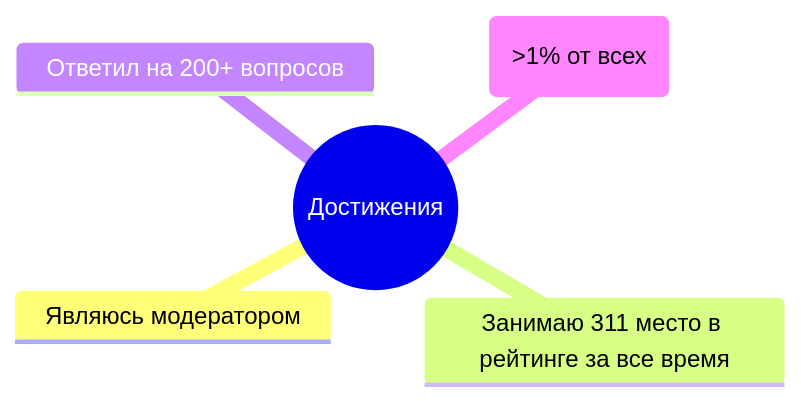
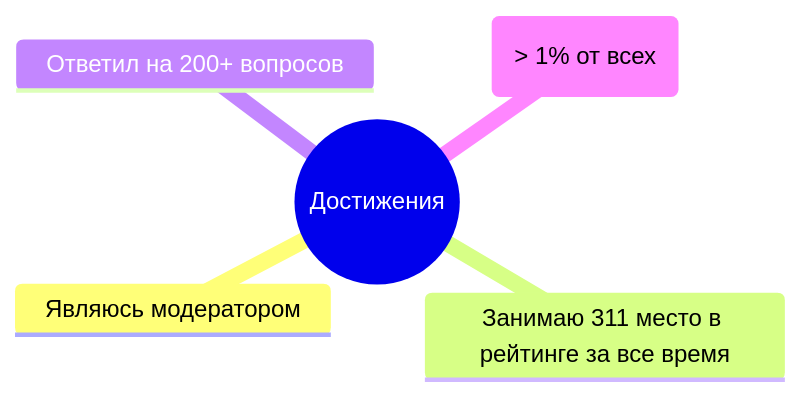
One commit to Goodzonchik/Goodzonchik changed the third of 4 diagrams in README.md. Above: the diagram before and after it, drawn with Mermaid.

````diff
--- a/README.md
+++ b/README.md
@@ -43,8 +43,8 @@
 ```mermaid
 mindmap
   root((Достижения))
     Являюсь модератором
     Занимаю 311 место в рейтинге за все время
     Ответил на 200+ вопросов
-    Проверил 5000 сообщений с низкого качества (>1% от всех)
+    Проверил 5000 сообщений с низкого качества ( > 1% от всех)
 ```
````
